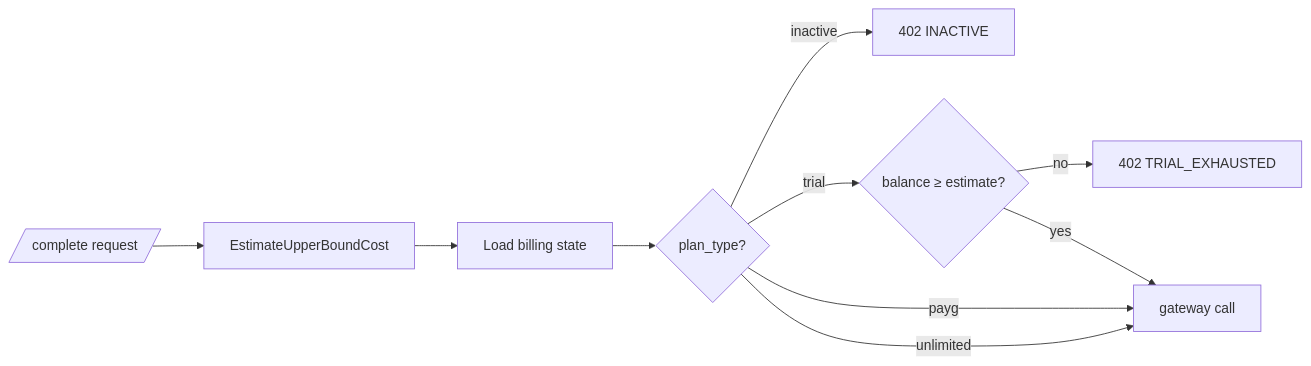
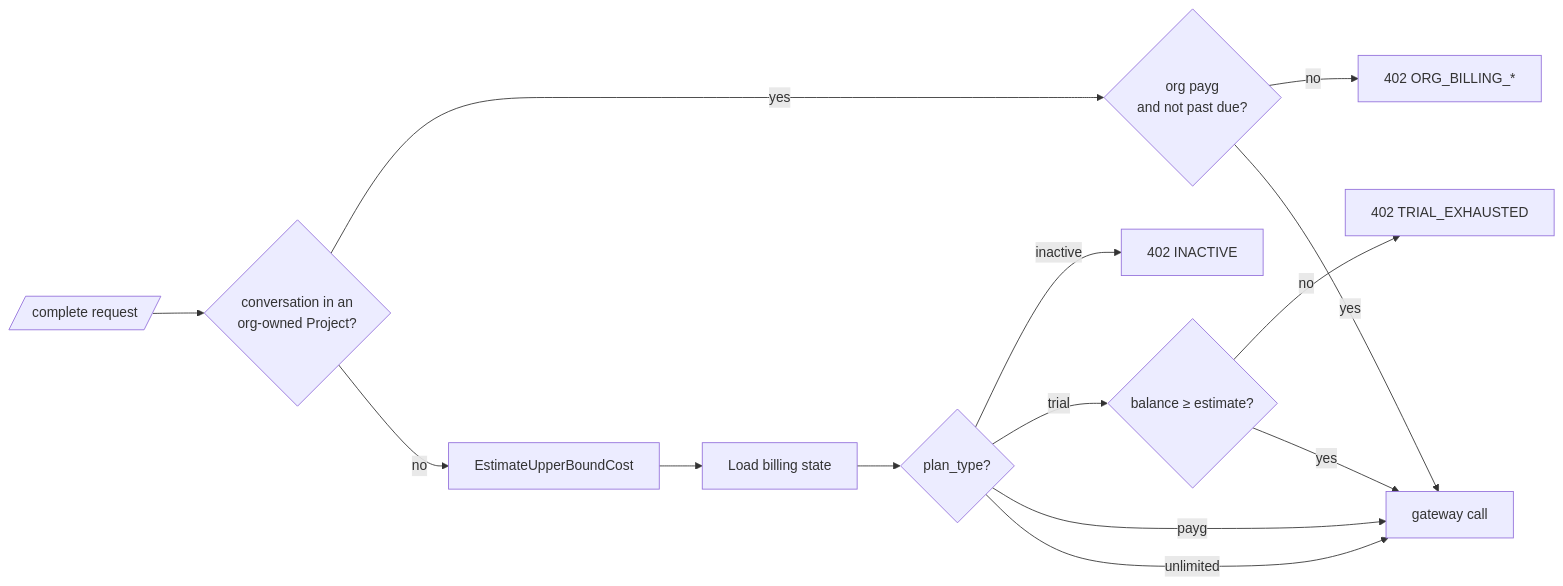
The diagram in docs/business_processes/billing-access-gate.md (cognos-io/chat.cognos.io), drawn with Mermaid before and after one commit. The commit also changed other lines of this file and 17 other files, not shown here.

First line of the commit message:
feat(backend): org billing core — subject resolution and fail-closed gate

````diff
--- a/docs/business_processes/billing-access-gate.md
+++ b/docs/business_processes/billing-access-gate.md
@@ -20,13 +31,19 @@
 ```mermaid
 flowchart LR
-  C[/complete request/] --> E[EstimateUpperBoundCost]
+  C[/complete request/] --> R{conversation in an
+org-owned Project?}
+  R -- yes --> O{org payg
+and not past due?}
+  O -- no --> X0[402 ORG_BILLING_*]
+  O -- yes --> OK
+  R -- no --> E[EstimateUpperBoundCost]
   E --> S[Load billing state]
   S --> P{plan_type?}
   P -- inactive --> X1[402 INACTIVE]
   P -- trial --> A{balance ≥ estimate?}
   A -- no --> X2[402 TRIAL_EXHAUSTED]
   A -- yes --> OK
   P -- payg --> OK
   P -- unlimited --> OK
   OK[gateway call]
 ```
````
